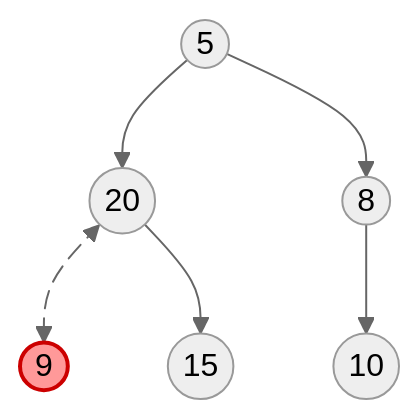
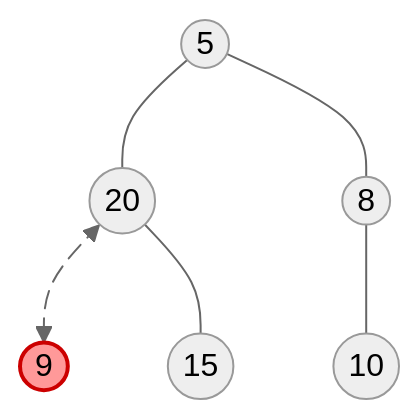
Before and after one commit to ruslylove/datastruct: diagram 11 of 17 in lectures/lect-11-Heap.md, drawn with Mermaid (neutral theme). The commit also changed other lines of this file, not shown here.

Commit message:
update diagram and bottom-up heap theorem.

````diff
--- a/lectures/lect-11-Heap.md
+++ b/lectures/lect-11-Heap.md
@@ -365,10 +365,10 @@
 ```mermaid 
 graph TD
-    A((5)) --> B((20))
-    A --> C((8))
+    A((5)) --- B((20))
+    A --- C((8))
     B e1@<--> D((9))
-    B --> E((15))
-    C --> F((10))
+    B --- E((15))
+    C --- F((10))
     style D fill:#f99,stroke:#c00,stroke-width:2px
     e1@{ animate : true } 
 ```
````
